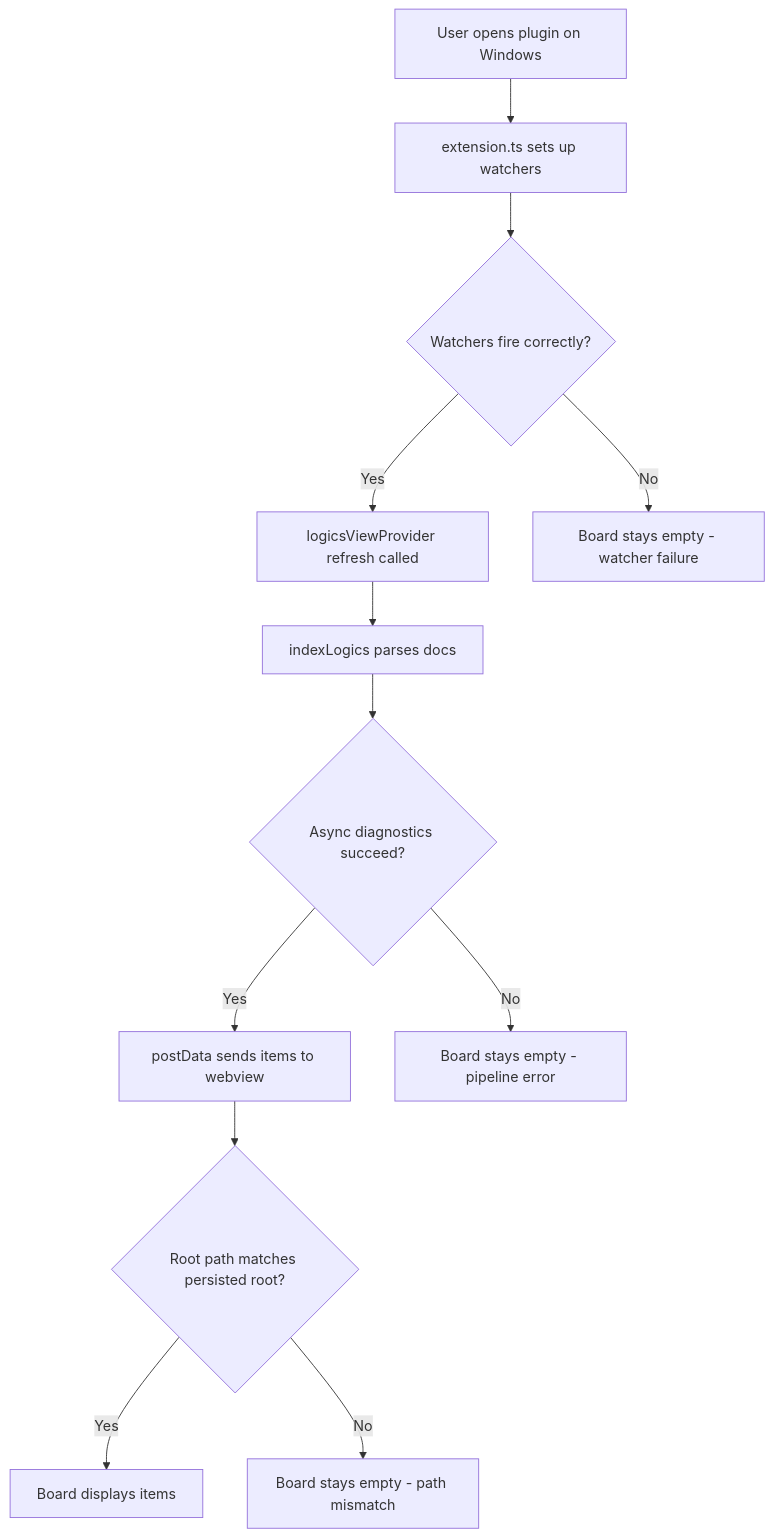
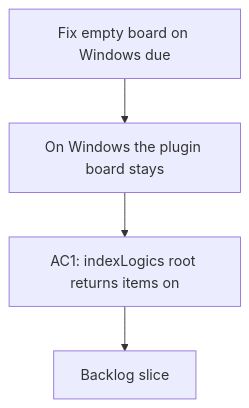
The diagram in logics/request/req_132_fix_empty_board_on_windows_due_to_indexing_and_path_issues.md (AlexAgo83/logics-manager), drawn with Mermaid before and after one commit. The commit also changed 481 other files, not shown here.

````diff
--- a/logics/request/req_132_fix_empty_board_on_windows_due_to_indexing_and_path_issues.md
+++ b/logics/request/req_132_fix_empty_board_on_windows_due_to_indexing_and_path_issues.md
@@ -29,16 +29,8 @@
 ```mermaid
 %% logics-kind: request
 %% logics-signature: request|fix-empty-board-on-windows-due-to-indexi|on-windows-the-plugin-board-stays|ac1-indexlogics-root-returns-items-on
 flowchart TD
-    A[User opens plugin on Windows] --> B[extension.ts sets up watchers]
-    B --> C{Watchers fire correctly?}
-    C -- Yes --> D[logicsViewProvider refresh called]
-    C -- No --> X1[Board stays empty - watcher failure]
-    D --> E[indexLogics parses docs]
-    E --> F{Async diagnostics succeed?}
-    F -- Yes --> G[postData sends items to webview]
-    F -- No --> X2[Board stays empty - pipeline error]
-    G --> H{Root path matches persisted root?}
-    H -- Yes --> I[Board displays items]
-    H -- No --> X3[Board stays empty - path mismatch]
+    Trigger[Fix empty board on Windows due] --> Need[On Windows the plugin board stays]
+    Need --> Outcome[AC1: indexLogics root returns items on]
+    Outcome --> Backlog[Backlog slice]
 ```
````
